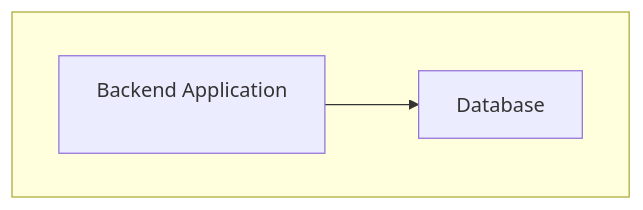
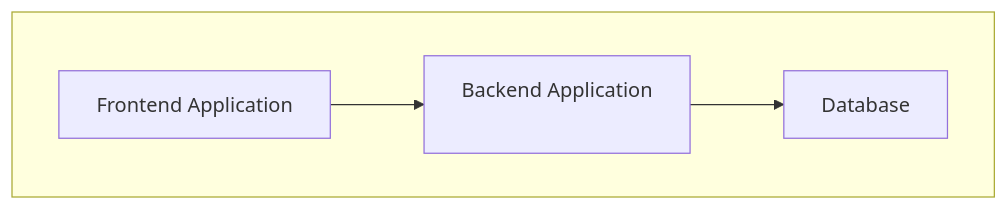
One commit to moldovanolimpiu/File-Search-Engine changed the second of 2 diagrams in ARCHITECTURE.md. Above: the diagram before and after it, drawn with Mermaid.

````diff
--- a/ARCHITECTURE.md
+++ b/ARCHITECTURE.md
@@ -14,11 +14,12 @@
 ``` mermaid
 
 flowchart TD
     subgraph Group1[" "]
         A
         B
+        C
     end
-
+    C["Frontend Application"] --> A["Backend Application"]
     A["Backend Application\n\n"] --> B["Database"]
 
 ```
````
